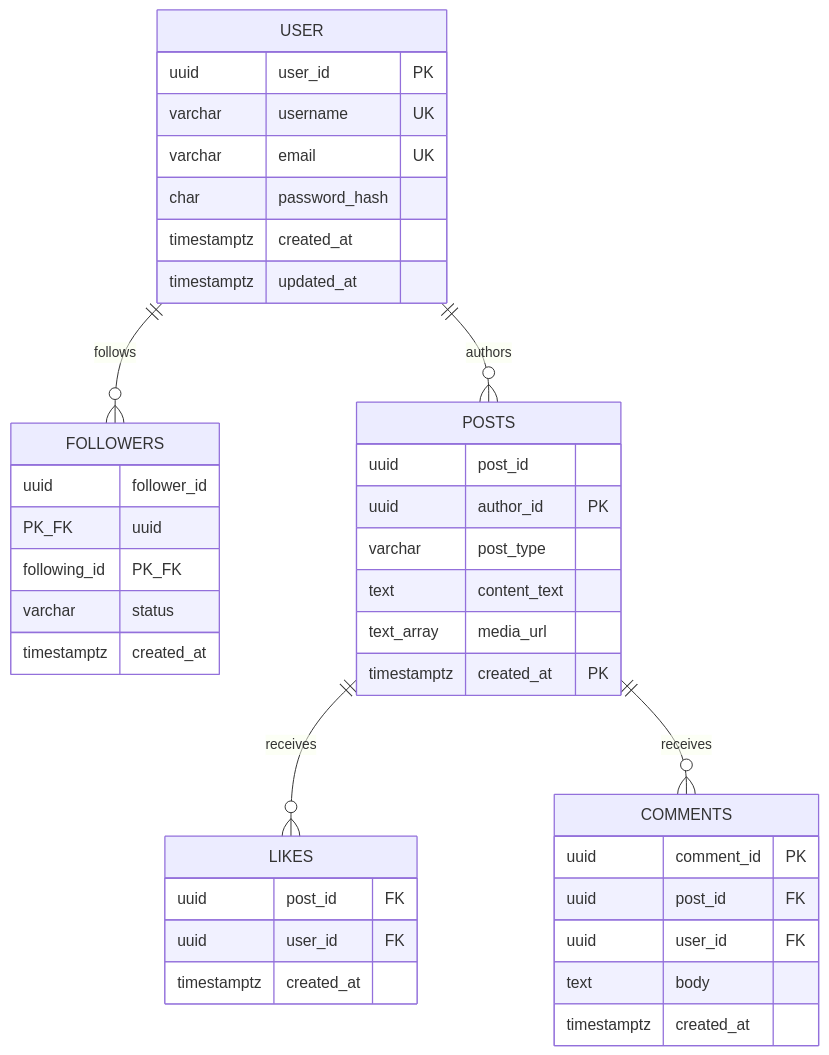
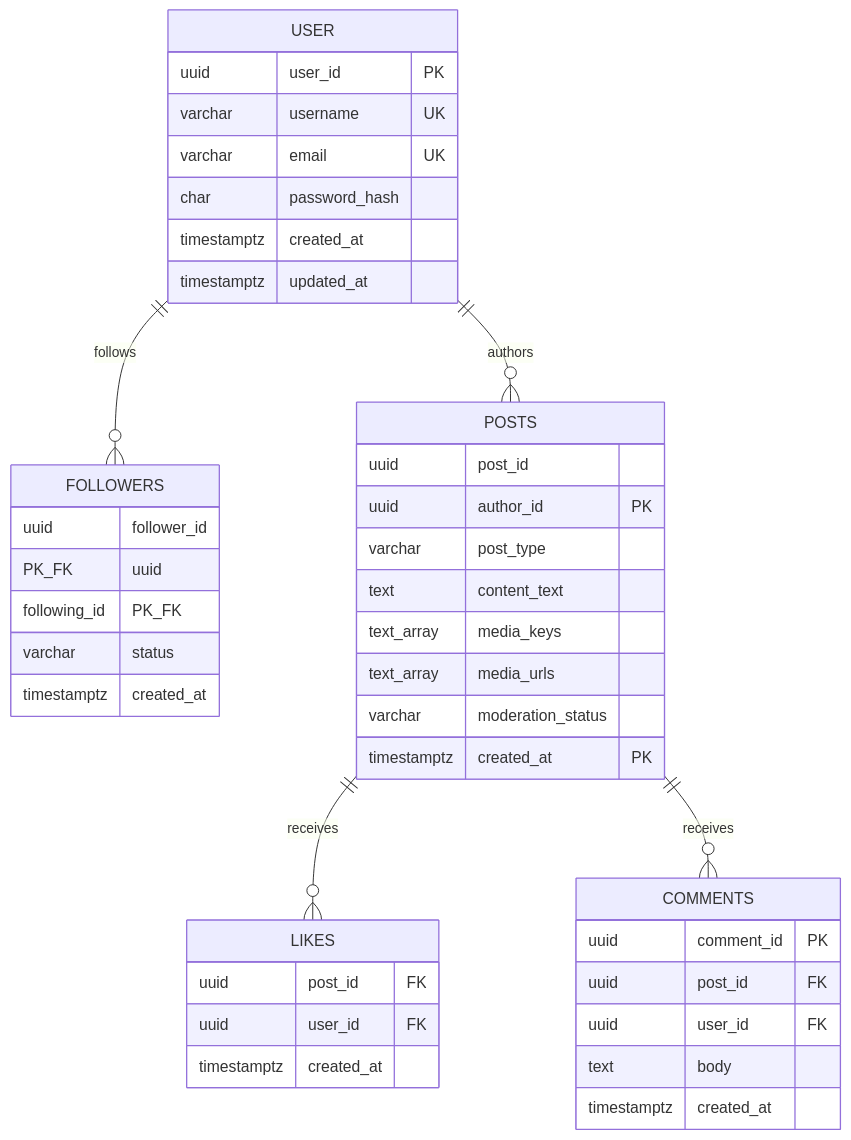
One commit to pradeep2Tech/pradeep2Tech.github.io changed the first of 10 diagrams in content/system-design/social-feed.md. Above: the diagram before and after it, drawn with Mermaid. The commit also changed other lines of this file and 5 other files, not shown here.

````diff
--- a/content/system-design/social-feed.md
+++ b/content/system-design/social-feed.md
@@ -183,41 +183,43 @@
 ```mermaid
 erDiagram
     USER ||--o{ FOLLOWERS : follows
     USER ||--o{ POSTS : authors
     POSTS ||--o{ LIKES : receives
     POSTS ||--o{ COMMENTS : receives
     USER {
         uuid user_id PK
         varchar username UK
         varchar email UK
         char password_hash
         timestamptz created_at
         timestamptz updated_at
     }
     FOLLOWERS {
         uuid follower_id PK_FK
         uuid following_id PK_FK
         varchar status
         timestamptz created_at
     }
     POSTS {
         uuid post_id
         uuid author_id PK
         varchar post_type
         text content_text
-        text_array media_url
+        text_array media_keys
+        text_array media_urls
+        varchar moderation_status
         timestamptz created_at PK
     }
     LIKES {
         uuid post_id FK
         uuid user_id FK
         timestamptz created_at
     }
     COMMENTS {
         uuid comment_id PK
         uuid post_id FK
         uuid user_id FK
         text body
         timestamptz created_at
     }
 ```
````
